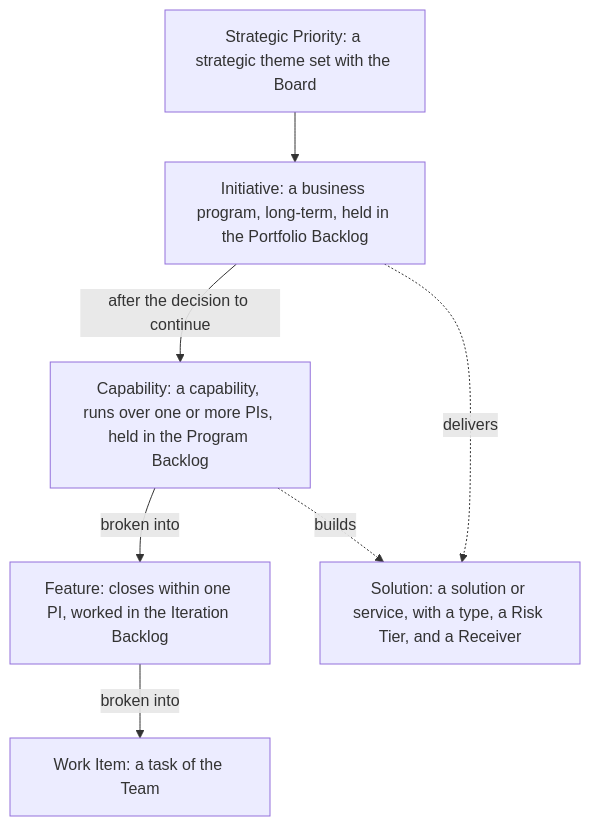
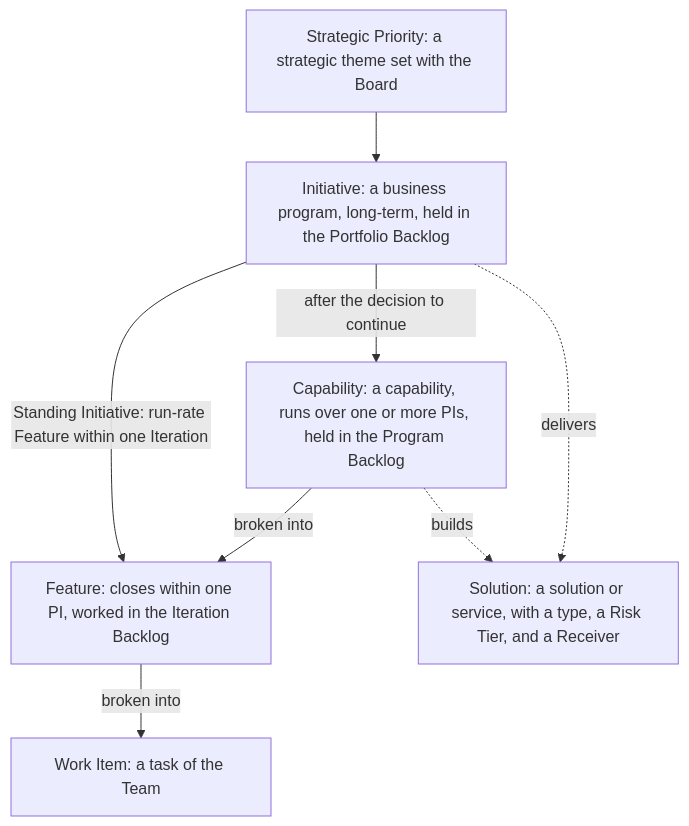
One commit to devhogu/ob-aicc changed the first of 10 diagrams in charter/workflows/service-delivery.md. Above: the diagram before and after it, drawn with Mermaid. The commit also changed other lines of this file and 512 other files, not shown here.

````diff
--- a/charter/workflows/service-delivery.md
+++ b/charter/workflows/service-delivery.md
@@ -17,9 +17,10 @@
 ```mermaid
 flowchart TB
   T["Strategic Priority: a strategic theme set with the Board"] --> I["Initiative: a business program, long-term, held in the Portfolio Backlog"]
   I -->|after the decision to continue| E["Capability: a capability, runs over one or more PIs, held in the Program Backlog"]
   E -->|broken into| F["Feature: closes within one PI, worked in the Iteration Backlog"]
+  I -->|Standing Initiative: run-rate Feature within one Iteration| F
   F -->|broken into| W["Work Item: a task of the Team"]
   I -.->|delivers| S["Solution: a solution or service, with a type, a Risk Tier, and a Receiver"]
   E -.->|builds| S
 ```
````
